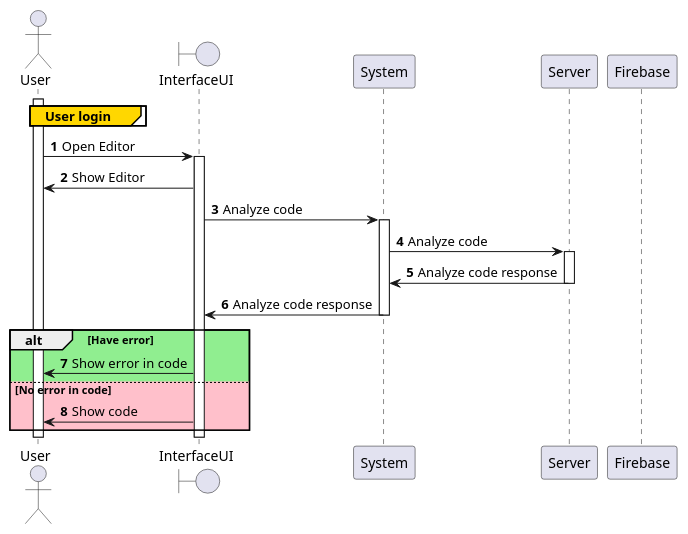
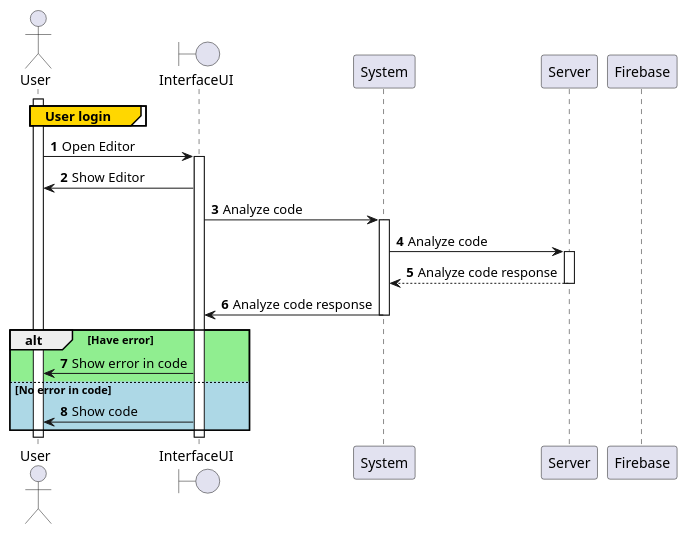
Before and after one commit to nonodev96/THUMDER: the diagram in UML/4.12.ShowErrorsInCode.puml, drawn with PlantUML. The commit also changed 29 other files, not shown here.

```diff
--- a/UML/4.12.ShowErrorsInCode.puml
+++ b/UML/4.12.ShowErrorsInCode.puml
@@ -1,38 +1,38 @@
 @startuml
 'https://plantuml.com/sequence-diagram
 
 autonumber
 
 actor User
 boundary InterfaceUI
 participant System
 participant Server
 participant Firebase
 
 activate User
 group#Gold User login
 
 end
 User -> InterfaceUI: Open Editor
 activate InterfaceUI
 User <- InterfaceUI: Show Editor
 
 InterfaceUI -> System: Analyze code
   activate System
   System -> Server: Analyze code
   activate Server
-  System <- Server: Analyze code response
+  System <-- Server: Analyze code response
   deactivate Server
   InterfaceUI <- System: Analyze code response
   deactivate System
 
   alt #LightGreen Have error
     User <- InterfaceUI: Show error in code
-  else #Pink No error in code
+  else #LightBlue No error in code
     User <- InterfaceUI: Show code
   end
 
 deactivate InterfaceUI
 deactivate User
 
 @enduml
```
